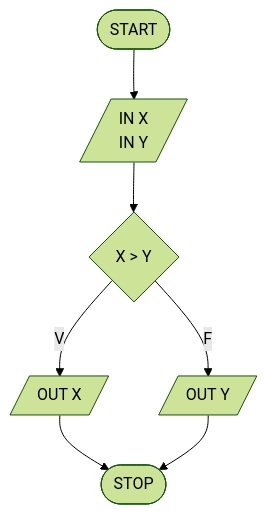
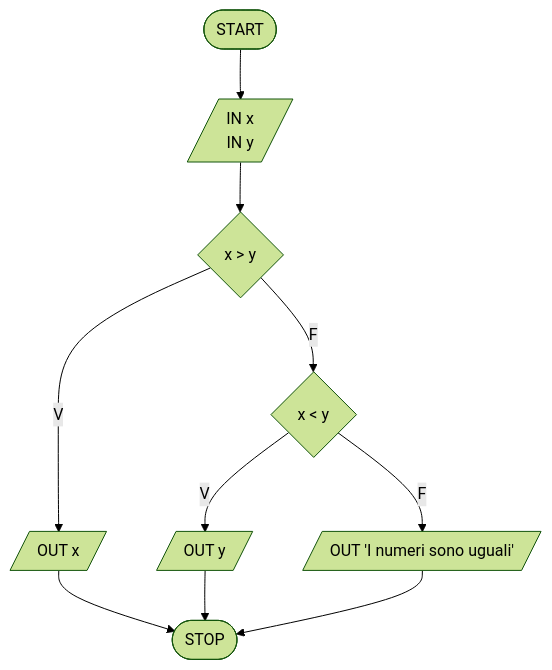
One commit to pg-laboratorio/flowcharts_laboratorio_esercizi changed the third of 28 diagrams in flowcharts_soluzioni.md. Above: the diagram before and after it, drawn with Mermaid (forest theme). The commit also changed other lines of this file, not shown here.

````diff
--- a/flowcharts_soluzioni.md
+++ b/flowcharts_soluzioni.md
@@ -47,10 +55,12 @@
 ```mermaid
 graph TD
-    START([START]) --> INPUT[/IN X<br>IN Y/]
-    INPUT --> COND{"X > Y"}
-    COND -- V --> OUT_X[/OUT X/]
-    COND -- F --> OUT_Y[/OUT Y/]
-    OUT_X --> STOP([STOP])
-    OUT_Y --> STOP
-
+    START([START]) --> INPUT[/"IN x<br>IN y"/]
+    INPUT --> C1{"x > y"}
+    C1 -- V --> OX[/"OUT x"/]
+    C1 -- F --> C2{"x < y"}
+    C2 -- V --> OY[/"OUT y"/]
+    C2 -- F --> OEQ[/"OUT 'I numeri sono uguali'"/]
+    OX --> STOP([STOP])
+    OY --> STOP
+    OEQ --> STOP
 ```
````
